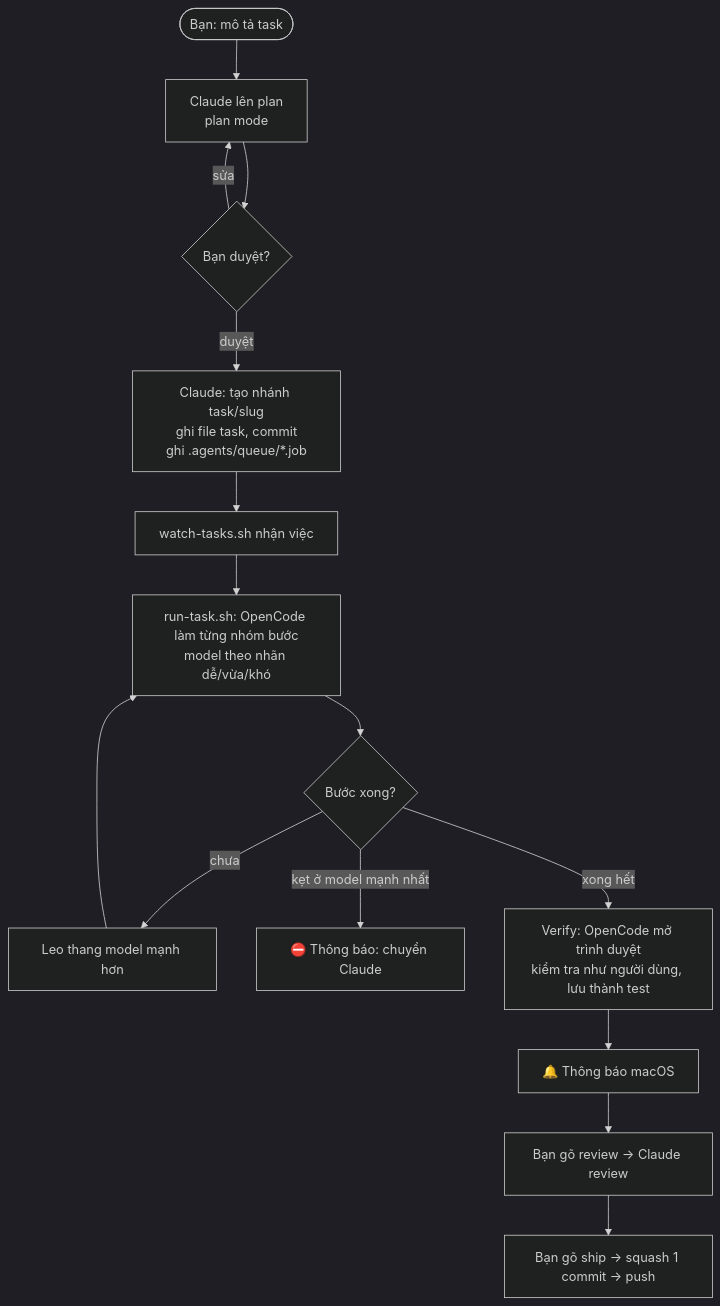
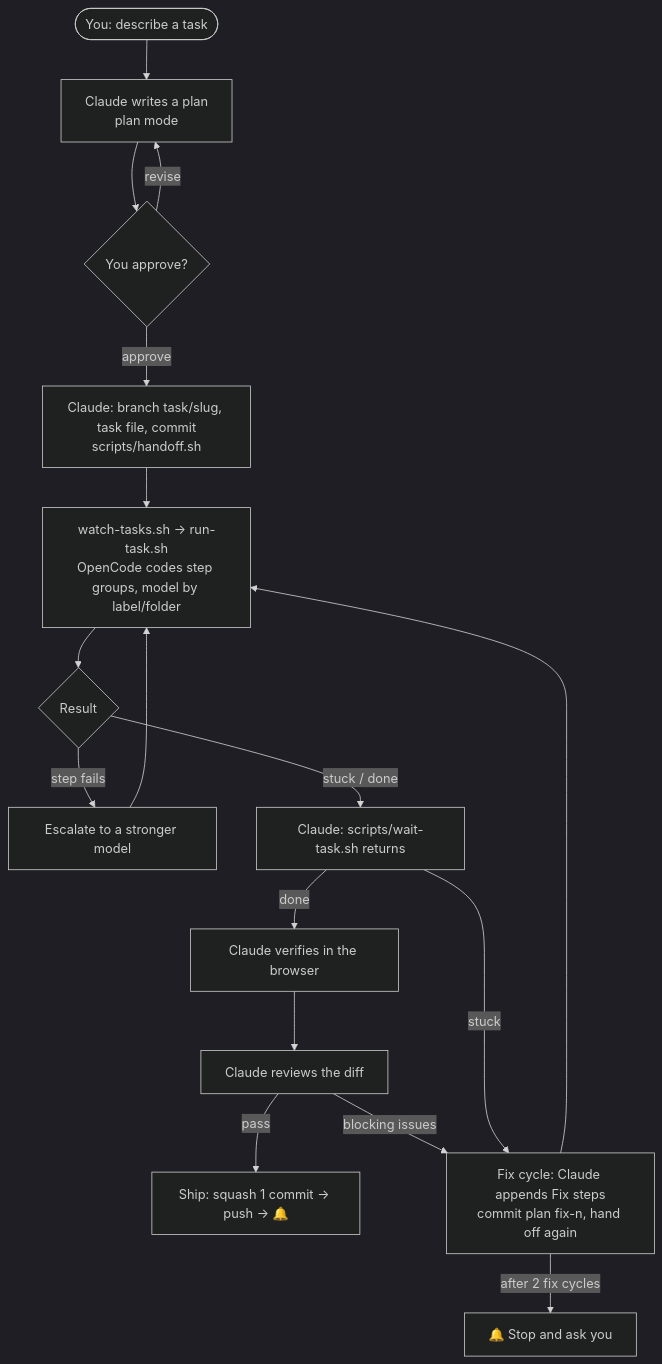
Before and after one commit to trgianghuynh1808/claude-opencode-agentic-kit: the diagram in README.md, drawn with Mermaid (dark theme). The commit also changed other lines of this file and 10 other files, not shown here.

Commit message:
feat: autopilot loop, verify modes, per-folder models

````diff
--- a/README.md
+++ b/README.md
@@ -38,17 +39,18 @@
 ```mermaid
 flowchart TD
-    U([Bạn: mô tả task]) --> P[Claude lên plan<br/>plan mode]
-    P --> A{Bạn duyệt?}
-    A -- sửa --> P
-    A -- duyệt --> H[Claude: tạo nhánh task/slug<br/>ghi file task, commit<br/>ghi .agents/queue/*.job]
-    H --> W[watch-tasks.sh nhận việc]
-    W --> R[run-task.sh: OpenCode làm từng nhóm bước<br/>model theo nhãn dễ/vừa/khó]
-    R --> T{Bước xong?}
-    T -- chưa --> E[Leo thang model mạnh hơn]
-    E --> R
-    T -- kẹt ở model mạnh nhất --> K[⛔ Thông báo: chuyển Claude]
-    T -- xong hết --> V[Verify: OpenCode mở trình duyệt<br/>kiểm tra như người dùng, lưu thành test]
-    V --> N[🔔 Thông báo macOS]
-    N --> RV[Bạn gõ review → Claude review]
-    RV --> S[Bạn gõ ship → squash 1 commit → push]
+    U([You: describe a task]) --> P[Claude writes a plan<br/>plan mode]
+    P --> A{You approve?}
+    A -- revise --> P
+    A -- approve --> H[Claude: branch task/slug, task file, commit<br/>scripts/handoff.sh]
+    H --> W[watch-tasks.sh → run-task.sh<br/>OpenCode codes step groups, model by label/folder]
+    W --> T{Result}
+    T -- step fails --> E[Escalate to a stronger model] --> W
+    T -- stuck / done --> C[Claude: scripts/wait-task.sh returns]
+    C -- done --> V[Claude verifies in the browser]
+    V --> RV[Claude reviews the diff]
+    RV -- pass --> S[Ship: squash 1 commit → push → 🔔]
+    RV -- blocking issues --> F[Fix cycle: Claude appends Fix steps<br/>commit plan fix-n, hand off again]
+    C -- stuck --> F
+    F --> W
+    F -- after 2 fix cycles --> X[🔔 Stop and ask you]
 ```
````
